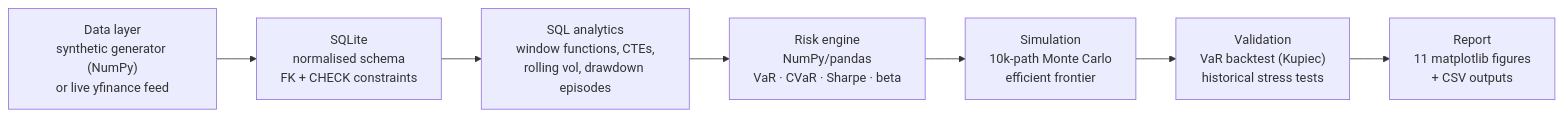
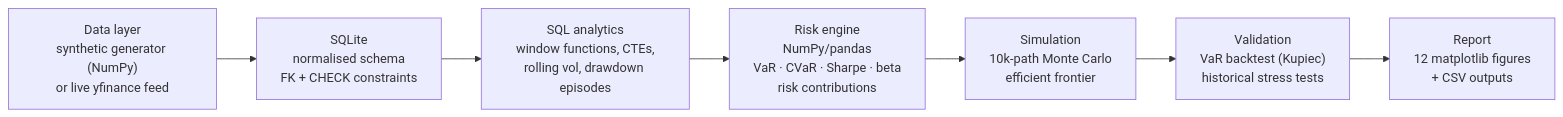
One commit to amanmir100-source/portfolio-risk-analytics changed the diagram in README.md. Above: the diagram before and after it, drawn with Mermaid. The commit also changed other lines of this file and 1 other file, not shown here.

Commit message:
Add risk contributions to the README and fix the Sharpe numbers

````diff
--- a/README.md
+++ b/README.md
@@ -16,9 +16,9 @@
 ```mermaid
 flowchart LR
     A["Data layer<br/>synthetic generator (NumPy)<br/>or live yfinance feed"] --> B["SQLite<br/>normalised schema<br/>FK + CHECK constraints"]
     B --> C["SQL analytics<br/>window functions, CTEs,<br/>rolling vol, drawdown episodes"]
-    C --> D["Risk engine<br/>NumPy/pandas<br/>VaR · CVaR · Sharpe · beta"]
+    C --> D["Risk engine<br/>NumPy/pandas<br/>VaR · CVaR · Sharpe · beta<br/>risk contributions"]
     D --> E["Simulation<br/>10k-path Monte Carlo<br/>efficient frontier"]
     E --> G["Validation<br/>VaR backtest (Kupiec)<br/>historical stress tests"]
-    G --> F["Report<br/>11 matplotlib figures<br/>+ CSV outputs"]
+    G --> F["Report<br/>12 matplotlib figures<br/>+ CSV outputs"]
 ```
````
